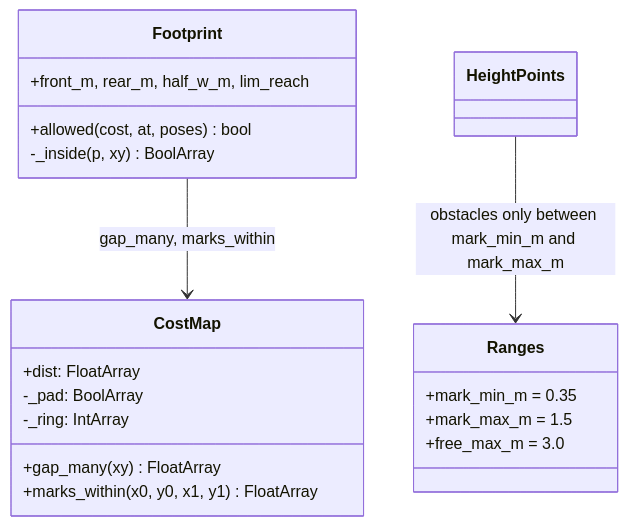
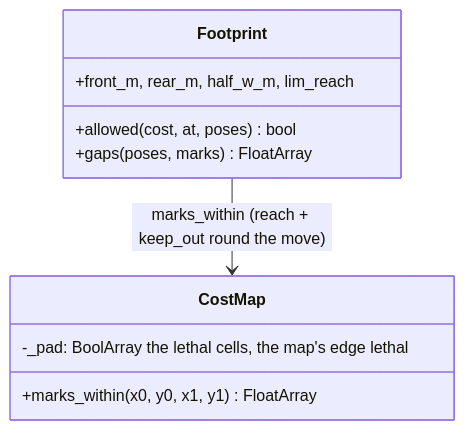
Diagram 29 of 29 in docs/lld/ai-engine-lld.md (mannuray/conqueror), drawn with Mermaid before and after one commit. The commit also changed other lines of this file and 2 other files, not shown here.

````diff
--- a/docs/lld/ai-engine-lld.md
+++ b/docs/lld/ai-engine-lld.md
@@ -1788,22 +1833,13 @@
 ```mermaid
 classDiagram
     class CostMap {
-        +dist: FloatArray
-        +gap_many(xy) FloatArray
         +marks_within(x0, y0, x1, y1) FloatArray
-        -_pad: BoolArray
-        -_ring: IntArray
+        -_pad: BoolArray  the lethal cells, the map's edge lethal
     }
     class Footprint {
         +front_m, rear_m, half_w_m, lim_reach
         +allowed(cost, at, poses) bool
-        -_inside(p, xy) BoolArray
+        +gaps(poses, marks) FloatArray
     }
-    class Ranges {
-        +mark_min_m = 0.35
-        +mark_max_m = 1.5
-        +free_max_m = 3.0
-    }
-    Footprint --> CostMap : gap_many, marks_within
-    HeightPoints --> Ranges : obstacles only between mark_min_m and mark_max_m
+    Footprint --> CostMap : marks_within (reach + keep_out round the move)
 ```
````
